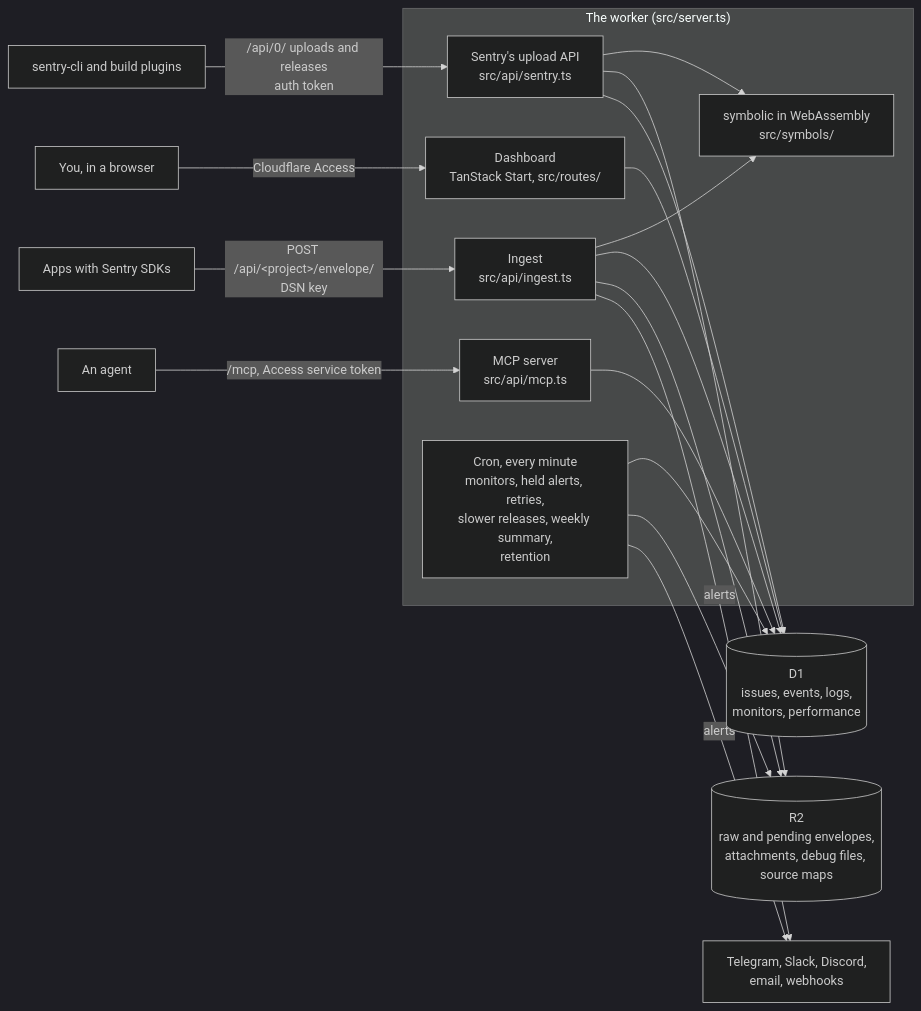
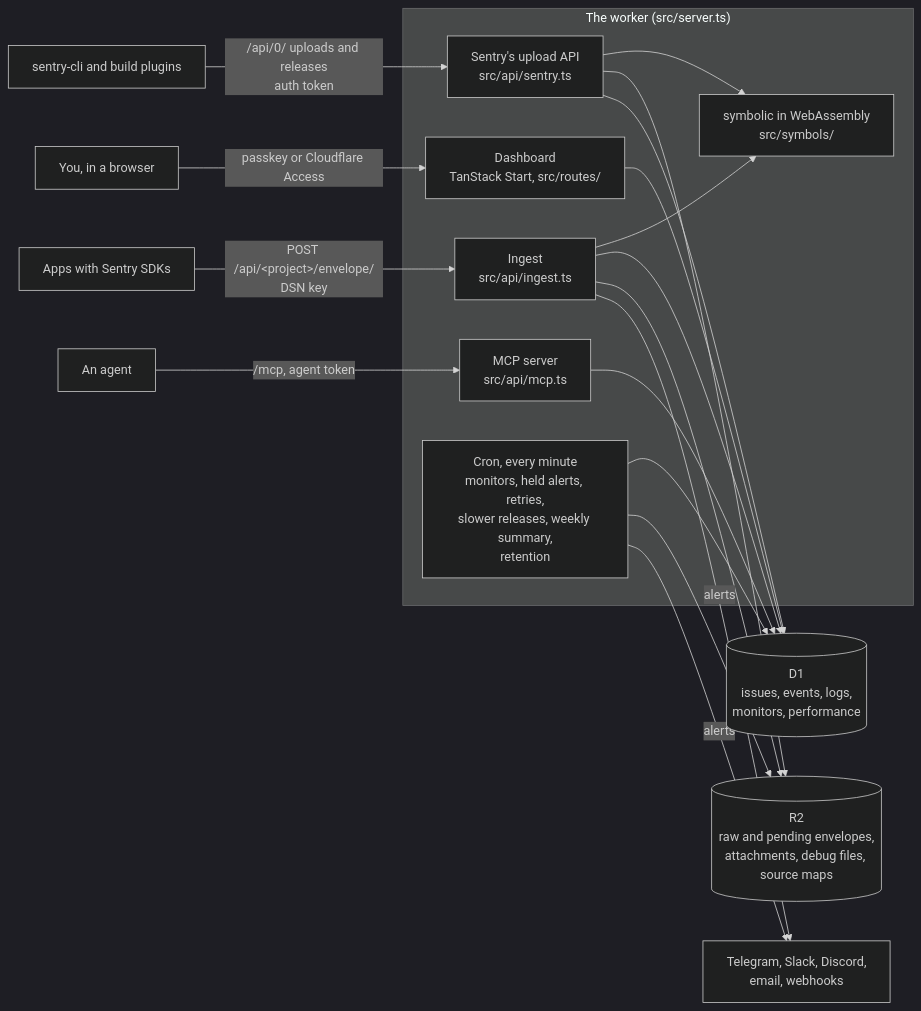
Before and after one commit to marctorrelles/crashyard: the diagram in docs/architecture.md, drawn with Mermaid (dark theme). The commit also changed other lines of this file and 6 other files, not shown here.

````diff
--- a/docs/architecture.md
+++ b/docs/architecture.md
@@ -7,29 +7,29 @@
 ```mermaid
 flowchart LR
   apps["Apps with Sentry SDKs"] -- "POST /api/&lt;project&gt;/envelope/<br/>DSN key" --> ingest
   cli["sentry-cli and build plugins"] -- "/api/0/ uploads and releases<br/>auth token" --> upload
-  you["You, in a browser"] -- "Cloudflare Access" --> dashboard
-  agent["An agent"] -- "/mcp, Access service token" --> mcp
+  you["You, in a browser"] -- "passkey or Cloudflare Access" --> dashboard
+  agent["An agent"] -- "/mcp, agent token" --> mcp
 
   subgraph worker["The worker (src/server.ts)"]
     ingest["Ingest<br/>src/api/ingest.ts"]
     upload["Sentry's upload API<br/>src/api/sentry.ts"]
     dashboard["Dashboard<br/>TanStack Start, src/routes/"]
     mcp["MCP server<br/>src/api/mcp.ts"]
     cron["Cron, every minute<br/>monitors, held alerts, retries,<br/>slower releases, weekly summary,<br/>retention"]
     symbolic["symbolic in WebAssembly<br/>src/symbols/"]
   end
 
   ingest --> symbolic
   upload --> symbolic
   ingest --> d1[("D1<br/>issues, events, logs,<br/>monitors, performance")]
   ingest --> r2[("R2<br/>raw and pending envelopes,<br/>attachments, debug files, source maps")]
   upload --> r2
   upload --> d1
   dashboard --> d1
   mcp --> d1
   cron --> d1
   cron --> r2
   ingest -- alerts --> notify["Telegram, Slack, Discord,<br/>email, webhooks"]
   cron -- alerts --> notify
 ```
````
